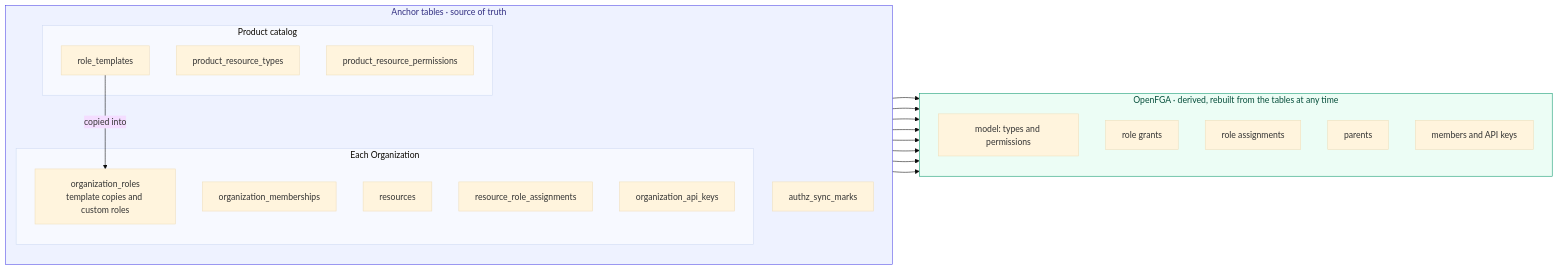
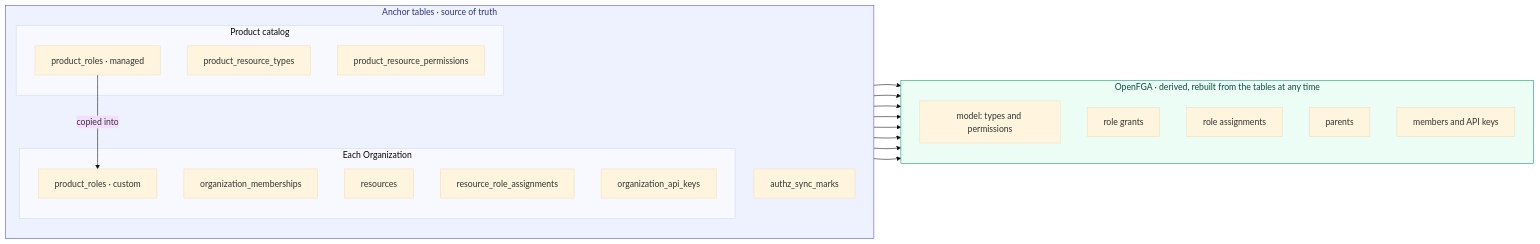
One commit to nanostack-dev/anchor changed diagram 20 of 22 in docs/adr/0022-resource-types-scope-roles-and-permissions.md. Above: the diagram before and after it, drawn with Mermaid (base theme). The commit also changed other lines of this file, not shown here.

First line of the commit message:
docs(adr): share managed roles across organizations instead of copying them

````diff
--- a/docs/adr/0022-resource-types-scope-roles-and-permissions.md
+++ b/docs/adr/0022-resource-types-scope-roles-and-permissions.md
@@ -1730,38 +1939,38 @@
 ```mermaid
 flowchart LR
     subgraph anchor["Anchor tables · source of truth"]
         direction TB
         subgraph cat["Product catalog"]
             rt["product_resource_types"]
             pp["product_resource_permissions"]
-            tpl["role_templates"]
+            tpl["product_roles · managed"]
         end
         subgraph org["Each Organization"]
-            orl["organization_roles<br/>template copies and custom roles"]
+            orl["product_roles · custom"]
             om["organization_memberships"]
             res["resources"]
             ra["resource_role_assignments"]
             ak["organization_api_keys"]
         end
         mk["authz_sync_marks"]
         tpl -- "copied into" --> orl
     end
     subgraph fga["OpenFGA · derived, rebuilt from the tables at any time"]
         direction TB
         model["model: types and permissions"]
         tg["role grants"]
         tr["role assignments"]
         tp["parents"]
         to["members and API keys"]
     end
     rt --> model
     pp --> model
     orl --> tg
     ra --> tr
     om --> tr
     res --> tp
     om --> to
     ak --> to
     style anchor fill:#eef2ff,stroke:#4f46e5,color:#312e81
     style fga fill:#ecfdf5,stroke:#059669,color:#064e3b
 ```
````
